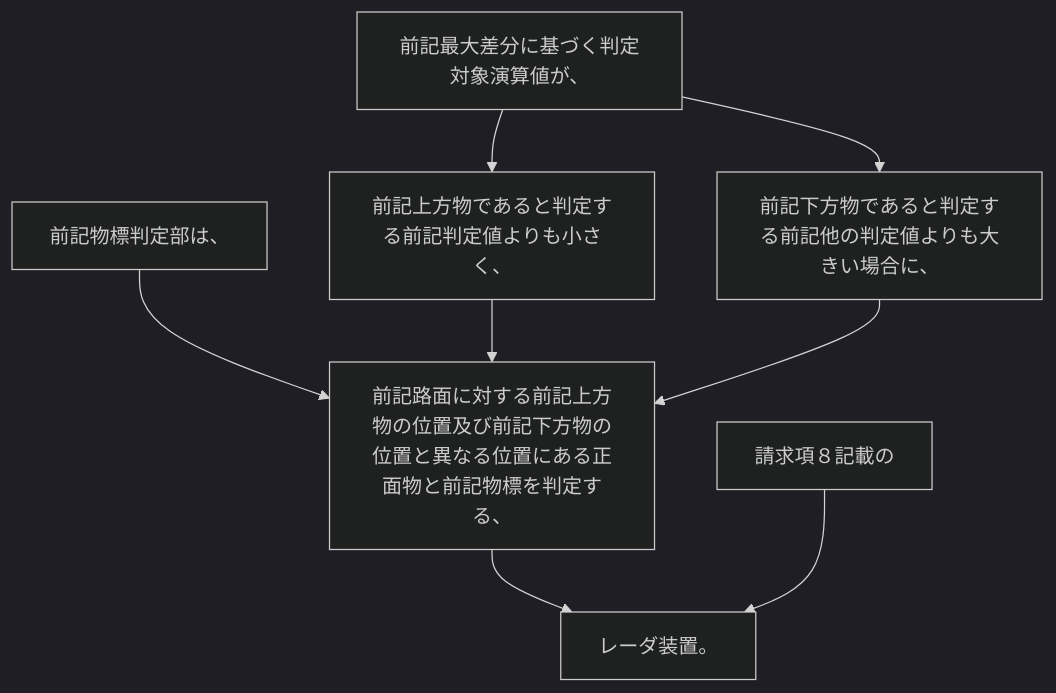
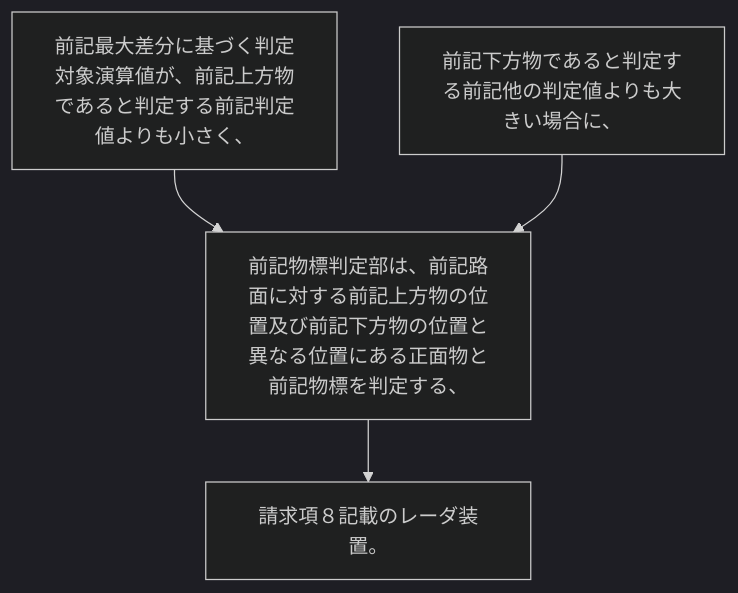
One commit to shinmori55/patent_analyzed changed the diagram in 2024/JP2024021637A/claim_10/README.md. Above: the diagram before and after it, drawn with Mermaid (dark theme). The commit also changed 336 other files, not shown here.

````diff
--- a/2024/JP2024021637A/claim_10/README.md
+++ b/2024/JP2024021637A/claim_10/README.md
@@ -3,18 +3,10 @@
 ```mermaid
 flowchart TD
-A[前記物標判定部は、]
-B[前記最大差分に基づく判定対象演算値が、]
-C[前記上方物であると判定する前記判定値よりも小さく、]
-D[前記下方物であると判定する前記他の判定値よりも大きい場合に、]
-E[前記路面に対する前記上方物の位置及び前記下方物の位置と異なる位置にある正面物と前記物標を判定する、]
-F[請求項８記載の]
-G[レーダ装置。]
-
-A --> E
+A[前記最大差分に基づく判定対象演算値が、前記上方物であると判定する前記判定値よりも小さく、]
+B[前記下方物であると判定する前記他の判定値よりも大きい場合に、]
+C[前記物標判定部は、前記路面に対する前記上方物の位置及び前記下方物の位置と異なる位置にある正面物と前記物標を判定する、]
+D[請求項８記載のレーダ装置。]
+A --> C
 B --> C
-B --> D
-C --> E
-D --> E
-E --> G
-F --> G
+C --> D
 ```
````
